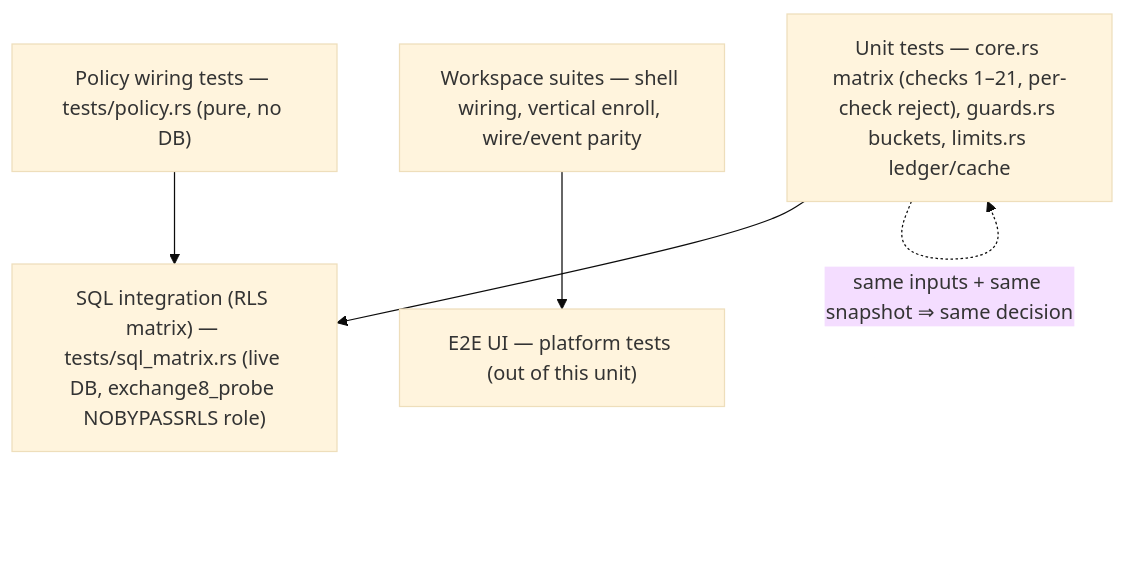
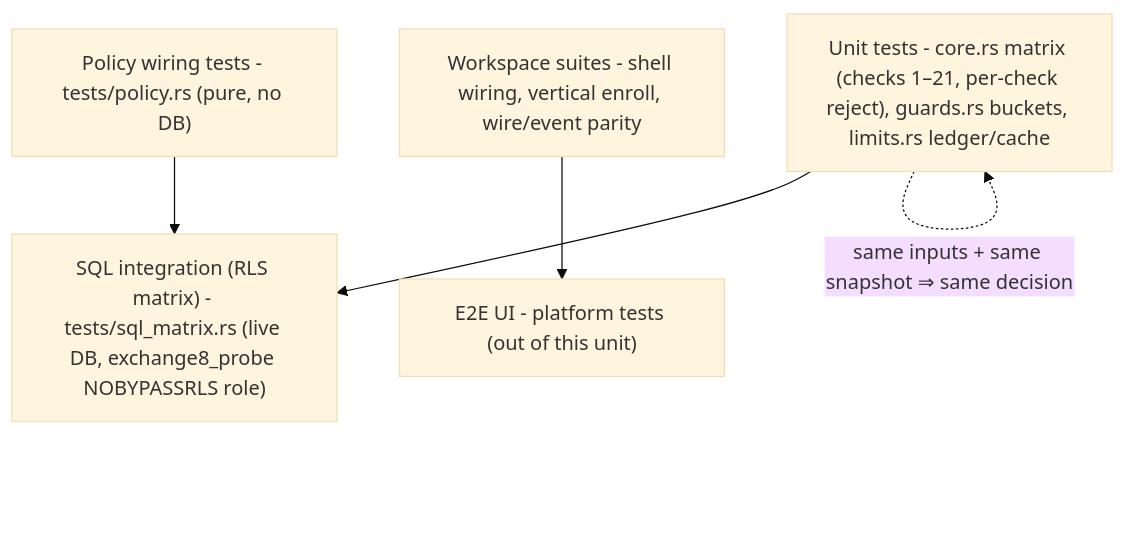
Before and after one commit to Exchange8-dev/exchange8-site: diagram 14 of 14 in docs/products/risk/design.md, drawn with Mermaid (base theme). The commit also changed other lines of this file and 72 other files, not shown here.

````diff
--- a/docs/products/risk/design.md
+++ b/docs/products/risk/design.md
@@ -606,12 +606,12 @@
 ```mermaid
 graph TD
-    U["Unit tests — core.rs matrix (checks 1–21, per-check reject), guards.rs buckets, limits.rs ledger/cache"]
-    P["Policy wiring tests — tests/policy.rs (pure, no DB)"]
-    S["SQL integration (RLS matrix) — tests/sql_matrix.rs (live DB, exchange8_probe NOBYPASSRLS role)"]
-    G["Workspace suites — shell wiring, vertical enroll, wire/event parity"]
-    E2EUI["E2E UI — platform tests (out of this unit)"]
+    U["Unit tests - core.rs matrix (checks 1–21, per-check reject), guards.rs buckets, limits.rs ledger/cache"]
+    P["Policy wiring tests - tests/policy.rs (pure, no DB)"]
+    S["SQL integration (RLS matrix) - tests/sql_matrix.rs (live DB, exchange8_probe NOBYPASSRLS role)"]
+    G["Workspace suites - shell wiring, vertical enroll, wire/event parity"]
+    E2EUI["E2E UI - platform tests (out of this unit)"]
     U --> S
     P --> S
     G --> E2EUI
     U -.->|"same inputs + same snapshot ⇒ same decision"| U
 ```
````
